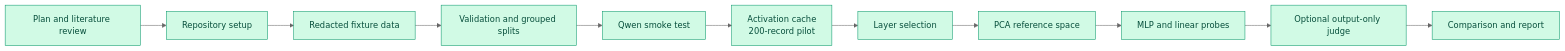
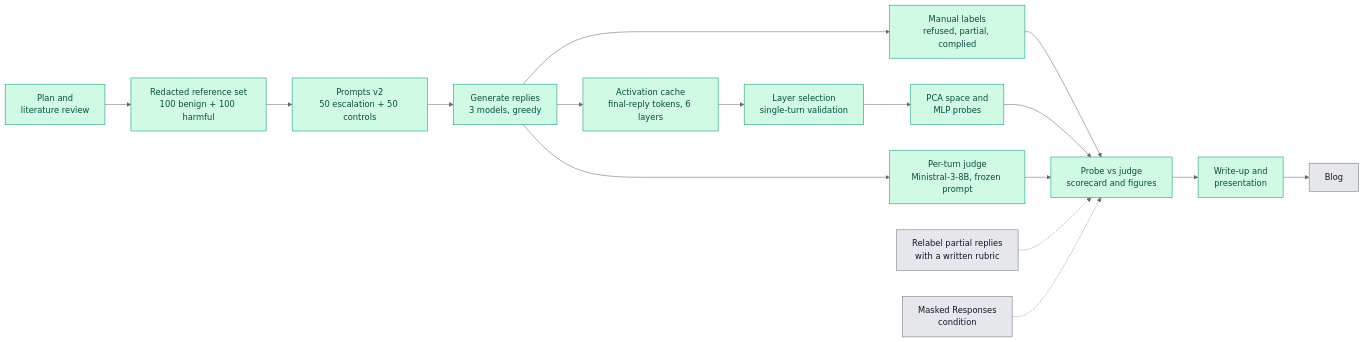
One commit to Shravani018/escalation-probes changed the first of 2 diagrams in README.md. Above: the diagram before and after it, drawn with Mermaid (neutral theme). The commit also changed other lines of this file and 4 other files, not shown here.

````diff
--- a/README.md
+++ b/README.md
@@ -11,17 +17,23 @@
 ```mermaid
 flowchart LR
-    A[Plan and literature review] --> B[Repository setup]
-    B --> C[Redacted fixture data]
-    C --> D[Validation and grouped splits]
-    D --> E[Qwen smoke test]
-    E -->     F[Activation cache<br/>200-record pilot] --> G[Layer selection]
-    G --> H[PCA reference space]
-    H -->     I[MLP and linear probes]
-    I --> J[Optional output-only judge]
-    J --> K[Comparison and report]
+    A["Plan and<br/>literature review"] --> B["Redacted reference set<br/>100 benign + 100 harmful"]
+    B --> C["Prompts v2<br/>50 escalation + 50 controls"]
+    C --> D["Generate replies<br/>3 models, greedy"]
+    D --> E["Manual labels<br/>refused, partial, complied"]
+    D --> F["Activation cache<br/>final-reply tokens, 6 layers"]
+    F --> G["Layer selection<br/>single-turn validation"]
+    G --> H["PCA space and<br/>MLP probes"]
+    D --> I["Per-turn judge<br/>Ministral-3-8B, frozen prompt"]
+    E --> J["Probe vs judge<br/>scorecard and figures"]
+    H --> J
+    I --> J
+    J --> K["Write-up and<br/>presentation"]
+    K --> L["Blog"]
+    M["Relabel partial replies<br/>with a written rubric"] -.-> J
+    N["Masked Responses<br/>condition"] -.-> J
 
     classDef done fill:#d1fae5,stroke:#059669,color:#064e3b;
-    classDef active fill:#fef3c7,stroke:#d97706,color:#78350f;
     classDef next fill:#e5e7eb,stroke:#6b7280,color:#111827;
     class A,B,C,D,E,F,G,H,I,J,K done;
+    class L,M,N next;
 ```
````
